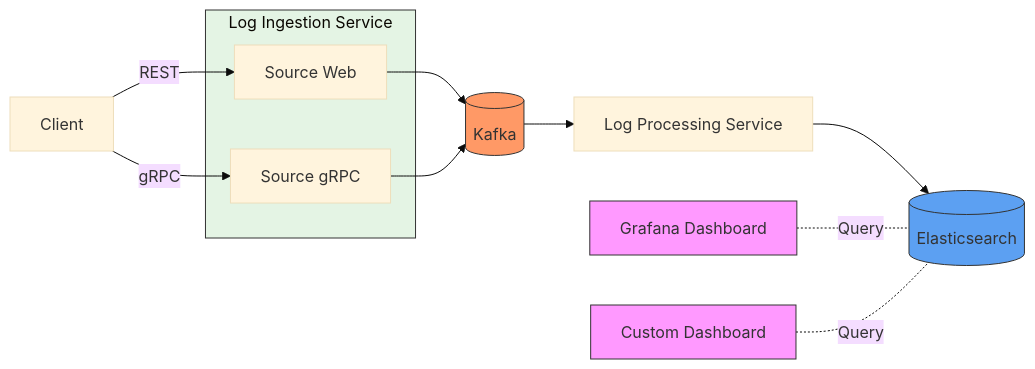
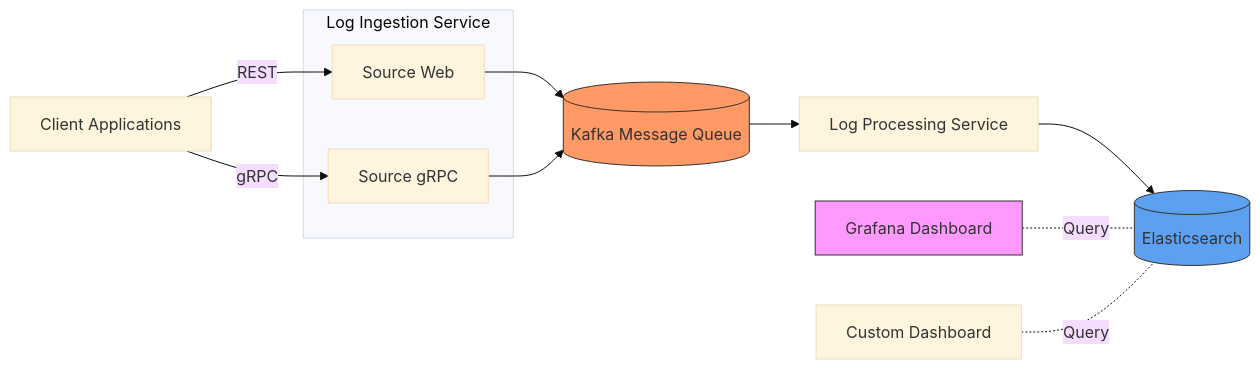
One commit to sidDarthVader31/apexio changed the diagram in README.md. Above: the diagram before and after it, drawn with Mermaid (base theme). The commit also changed other lines of this file, not shown here.

````diff
--- a/README.md
+++ b/README.md
@@ -142,30 +82,28 @@
 ```mermaid
 flowchart LR
     Client-->|REST|Source_Web
     Client-->|gRPC|Source_gRPC
-    
+
     subgraph Log_Ingestion_Service[Log Ingestion Service]
         Source_Web[Source Web]
         Source_gRPC[Source gRPC]
     end
-    
+
     Source_Web-->Kafka
     Source_gRPC-->Kafka
     Kafka-->Log_Processing_Service
     Log_Processing_Service-->Elasticsearch
     Grafana-.-|Query|Elasticsearch
     Custom_Dashboard-.-|Query|Elasticsearch
-    
-    Client[Client]
-    Kafka[(Kafka)]
+
+    Client[Client Applications]
+    Kafka[(Kafka Message Queue)]
     Log_Processing_Service[Log Processing Service]
     Elasticsearch[(Elasticsearch)]
     Grafana[Grafana Dashboard]
     Custom_Dashboard[Custom Dashboard]
-    
+
     style Kafka fill:#f96,stroke:#333
     style Elasticsearch fill:#5ca0f2,stroke:#333
     style Grafana fill:#f9f,stroke:#333
-    style Custom_Dashboard fill:#f9f,stroke:#333
-    style Log_Ingestion_Service fill:#e4f4e4,stroke:#333
 ```
````
